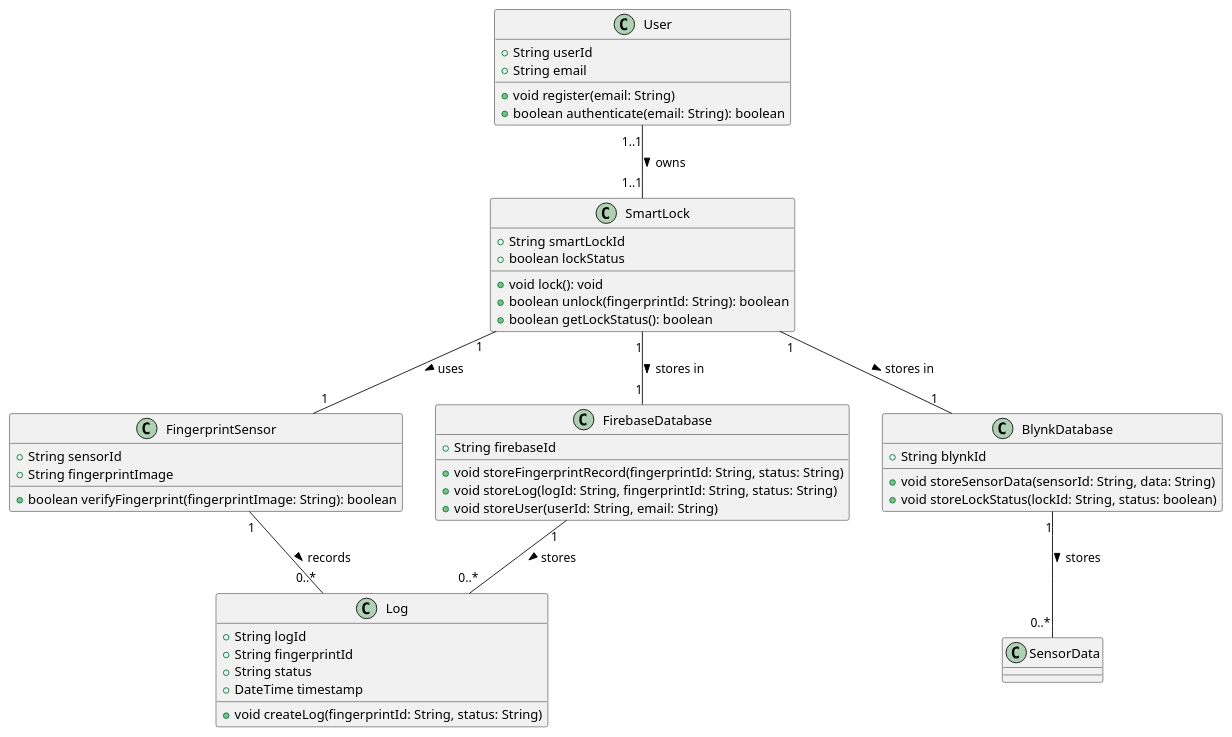
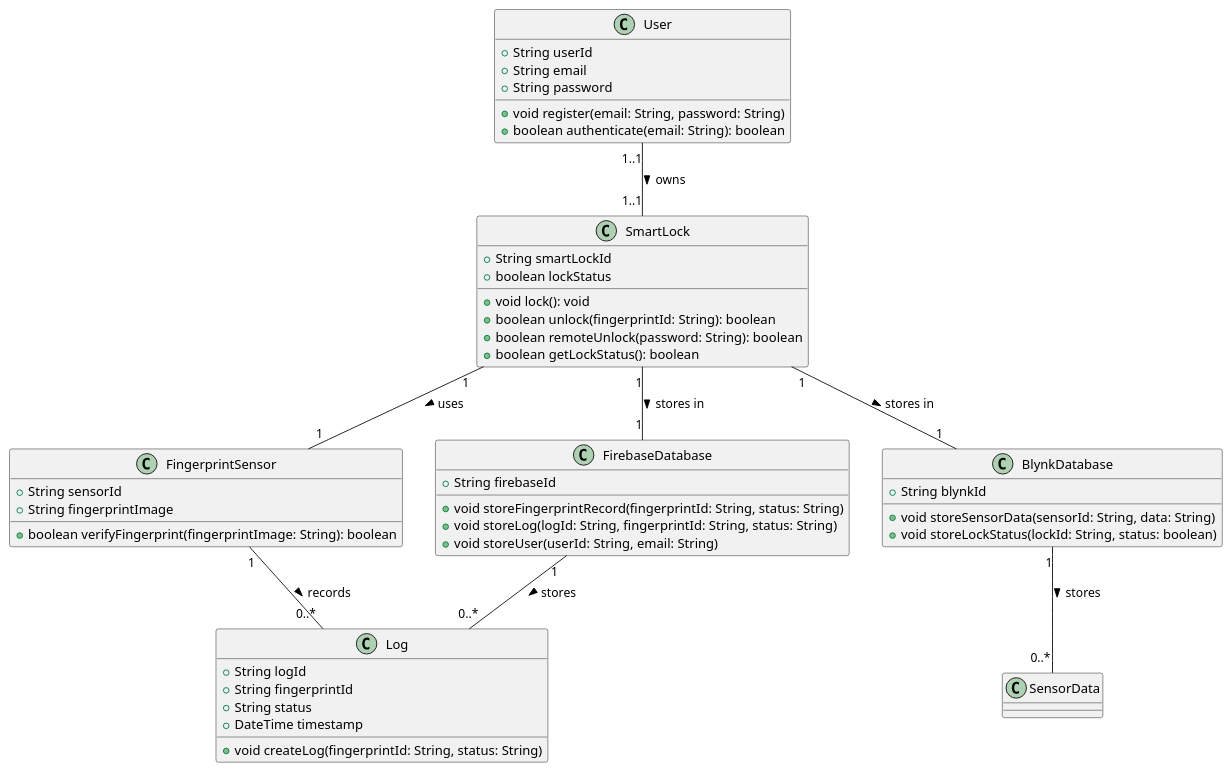
The diagram in uml/smart-lock.puml (Yiwahpsp/Embedded-Project), drawn with PlantUML before and after one commit. The commit also changed 8 other files, not shown here.

```diff
--- a/uml/smart-lock.puml
+++ b/uml/smart-lock.puml
@@ -1,60 +1,62 @@
 @startuml Smart-Lock
 
 ' User Class - เก็บข้อมูลผู้ใช้
 class User {
   +String userId
   +String email
-  +void register(email: String)
+  +String password
+  +void register(email: String, password: String)
   +boolean authenticate(email: String): boolean
 }
 
 ' SmartLock Class - เก็บข้อมูล Smart Lock
 class SmartLock {
   +String smartLockId
   +boolean lockStatus
   +void lock(): void
   +boolean unlock(fingerprintId: String): boolean
+  +boolean remoteUnlock(password: String): boolean
   +boolean getLockStatus(): boolean
 }
 
 ' FingerprintSensor Class - เก็บข้อมูลการสแกนนิ้ว
 class FingerprintSensor {
   +String sensorId
   +String fingerprintImage
   +boolean verifyFingerprint(fingerprintImage: String): boolean
 }
 
 ' FirebaseDatabase Class - เก็บข้อมูลใน Firebase
 class FirebaseDatabase {
   +String firebaseId
   +void storeFingerprintRecord(fingerprintId: String, status: String)
   +void storeLog(logId: String, fingerprintId: String, status: String)
   +void storeUser(userId: String, email: String)
 }
 
 ' BlynkDatabase Class - เก็บข้อมูล Real-time เช่น Sensor Data
 class BlynkDatabase {
   +String blynkId
   +void storeSensorData(sensorId: String, data: String)
   +void storeLockStatus(lockId: String, status: boolean)
 }
 
 ' Log Class - เก็บข้อมูลการบันทึกการใช้งาน
 class Log {
   +String logId
   +String fingerprintId
   +String status
   +DateTime timestamp
   +void createLog(fingerprintId: String, status: String)
 }
 
 ' ความสัมพันธ์
 User "1..1" -- "1..1" SmartLock : owns >
 SmartLock "1" -- "1" FingerprintSensor : uses >
 SmartLock "1" -- "1" FirebaseDatabase : stores in >
 SmartLock "1" -- "1" BlynkDatabase : stores in >
 FingerprintSensor "1" -- "0..*" Log : records >
 FirebaseDatabase "1" -- "0..*" Log : stores >
 BlynkDatabase "1" -- "0..*" SensorData : stores >
 
 @enduml
```
